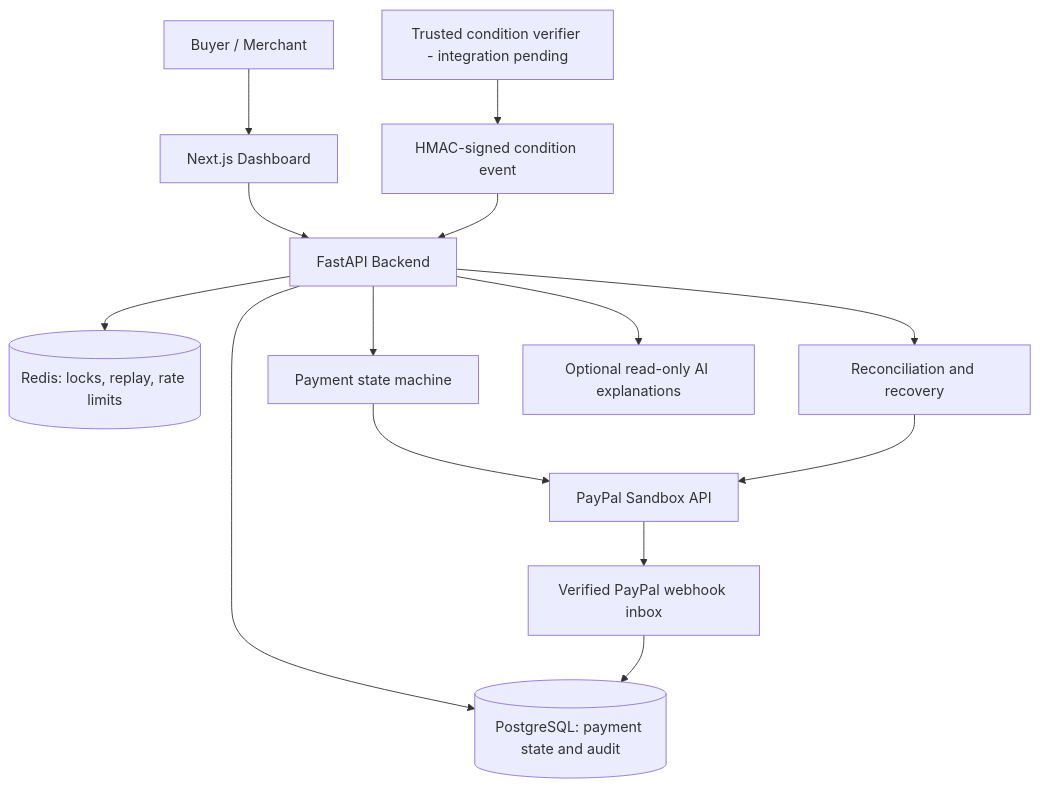
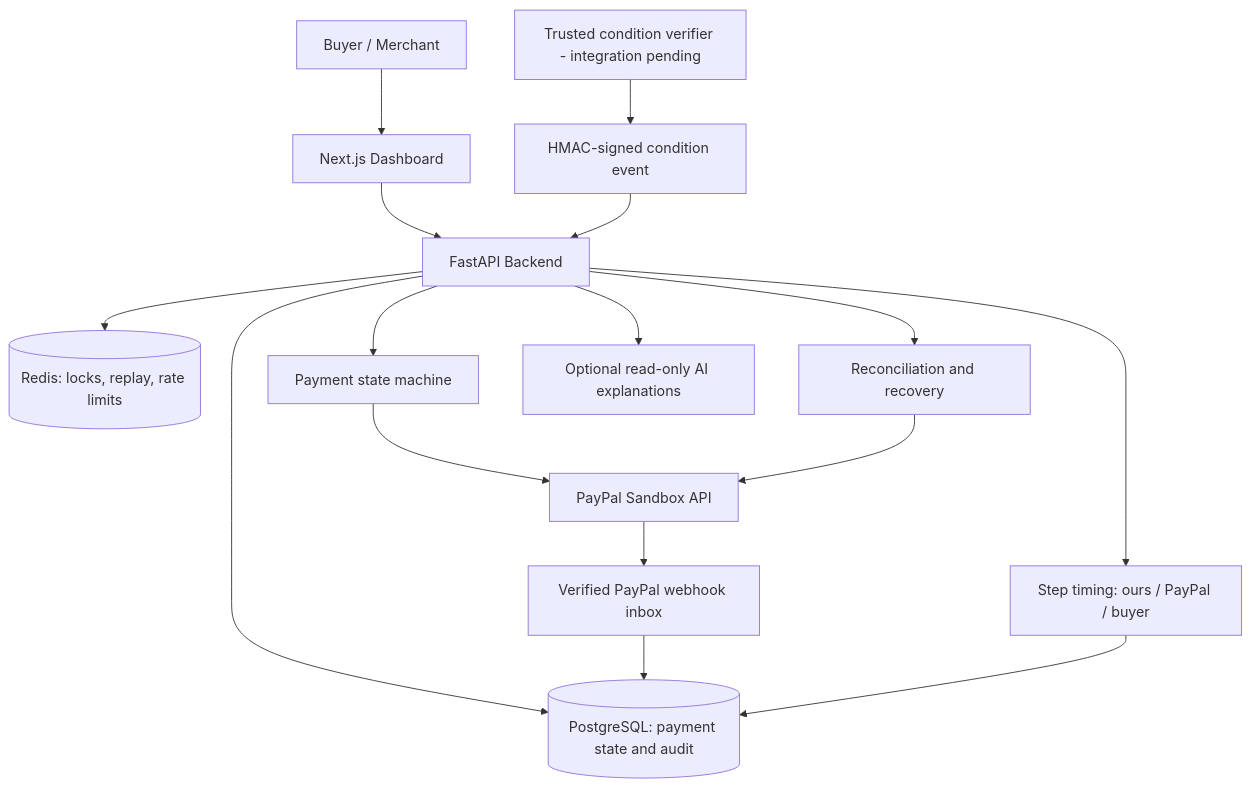
The third of 3 diagrams in README.md (Ayush-23479/SlothPay), drawn with Mermaid before and after one commit. The commit also changed other lines of this file, not shown here.

````diff
--- a/README.md
+++ b/README.md
@@ -155,16 +162,18 @@
 ```mermaid
 flowchart TD
     U[Buyer / Merchant] --> FE[Next.js Dashboard]
     FE --> API[FastAPI Backend]
     API --> DB[(PostgreSQL: payment state and audit)]
     API --> RD[(Redis: locks, replay, rate limits)]
     API --> SM[Payment state machine]
     SM --> PP[PayPal Sandbox API]
     PP --> WH[Verified PayPal webhook inbox]
     WH --> DB
     API --> RC[Reconciliation and recovery]
     RC --> PP
     API --> AI[Optional read-only AI explanations]
+    API --> TM[Step timing: ours / PayPal / buyer]
+    TM --> DB
     V[Trusted condition verifier - integration pending] --> SG[HMAC-signed condition event]
     SG --> API
 ```
````
